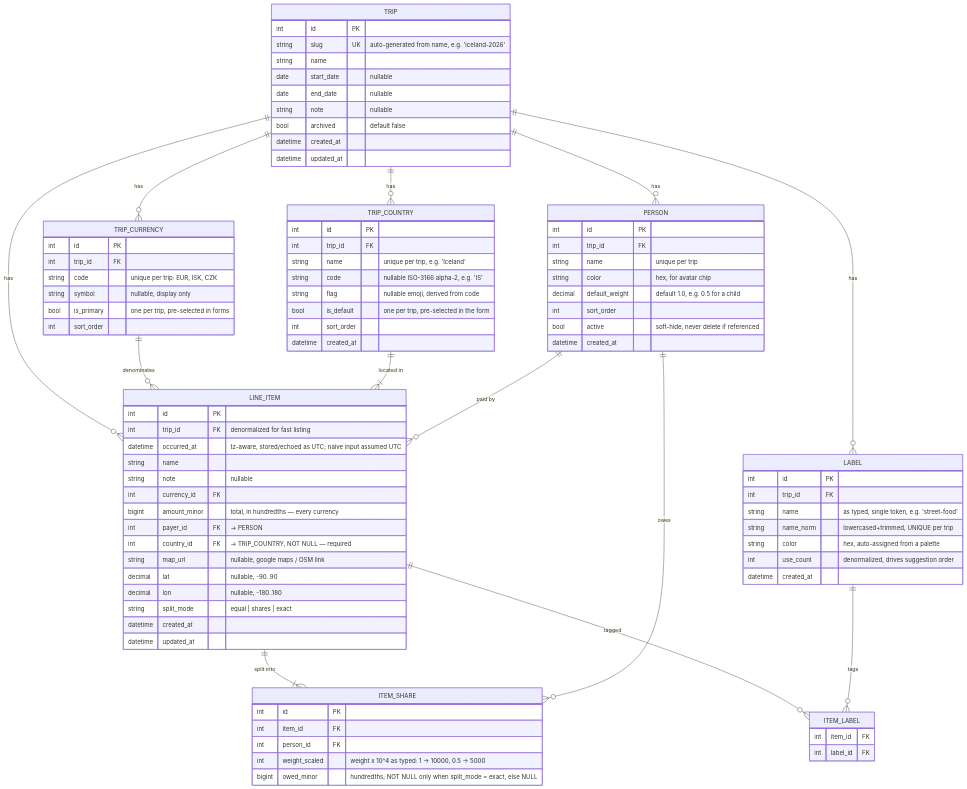
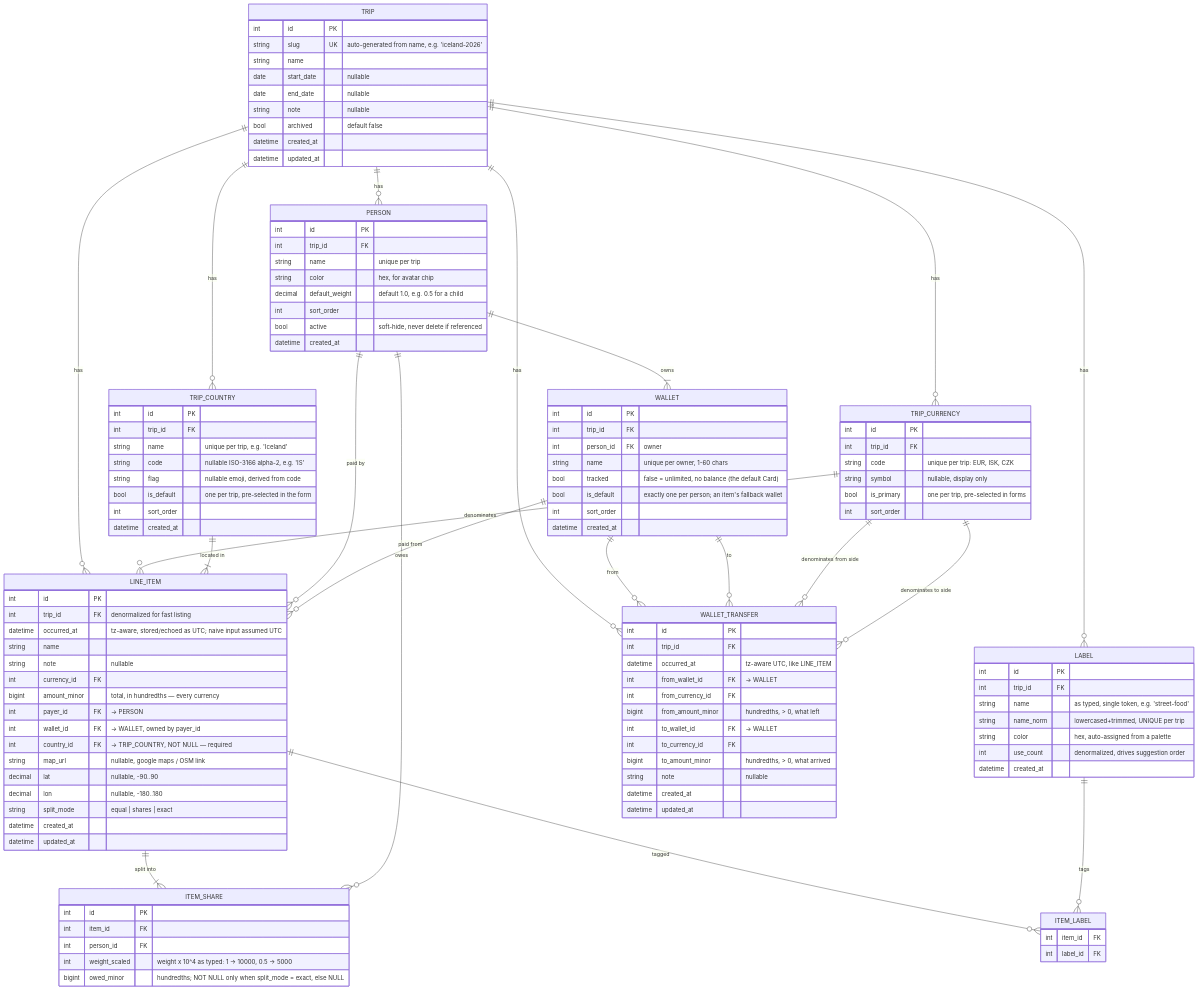
One commit to pehala/tripaccounter changed the diagram in design/ERD.md. Above: the diagram before and after it, drawn with Mermaid. The commit also changed other lines of this file and 6 other files, not shown here.

Commit message:
docs(wallets): fold wallet design into architecture docs

````diff
--- a/design/ERD.md
+++ b/design/ERD.md
@@ -13,6 +13,7 @@
     TRIP ||--o{ TRIP_COUNTRY : "has"
     TRIP ||--o{ LABEL : "has"
     TRIP ||--o{ LINE_ITEM : "has"
+    TRIP ||--o{ WALLET_TRANSFER : "has"
 
     TRIP_CURRENCY ||--o{ LINE_ITEM : "denominates"
     TRIP_COUNTRY  ||--|{ LINE_ITEM : "located in"
@@ -23,6 +24,13 @@
 
     LINE_ITEM ||--o{ ITEM_LABEL : "tagged"
     LABEL     ||--o{ ITEM_LABEL : "tags"
+
+    PERSON ||--|{ WALLET : "owns"
+    WALLET ||--o{ LINE_ITEM : "paid from"
+    WALLET ||--o{ WALLET_TRANSFER : "from"
+    WALLET ||--o{ WALLET_TRANSFER : "to"
+    TRIP_CURRENCY ||--o{ WALLET_TRANSFER : "denominates from side"
+    TRIP_CURRENCY ||--o{ WALLET_TRANSFER : "denominates to side"
 
 
     TRIP {
@@ -92,6 +100,7 @@
         int      currency_id FK
         bigint   amount_minor "total, in hundredths — every currency"
         int      payer_id FK "-> PERSON"
+        int      wallet_id FK "-> WALLET, owned by payer_id"
         int      country_id FK "-> TRIP_COUNTRY, NOT NULL — required"
         string   map_url "nullable, google maps / OSM link"
         decimal  lat "nullable, -90..90"
@@ -109,4 +118,30 @@
         bigint   owed_minor "hundredths; NOT NULL only when split_mode = exact, else NULL"
     }
 
+    WALLET {
+        int      id PK
+        int      trip_id FK
+        int      person_id FK "owner"
+        string   name "unique per owner, 1-60 chars"
+        bool     tracked "false = unlimited, no balance (the default Card)"
+        bool     is_default "exactly one per person; an item's fallback wallet"
+        int      sort_order
+        datetime created_at
+    }
+
+    WALLET_TRANSFER {
+        int      id PK
+        int      trip_id FK
+        datetime occurred_at "tz-aware UTC, like LINE_ITEM"
+        int      from_wallet_id FK "-> WALLET"
+        int      from_currency_id FK
+        bigint   from_amount_minor "hundredths, > 0, what left"
+        int      to_wallet_id FK "-> WALLET"
+        int      to_currency_id FK
+        bigint   to_amount_minor "hundredths, > 0, what arrived"
+        string   note "nullable"
+        datetime created_at
+        datetime updated_at
+    }
+
 ```
````
